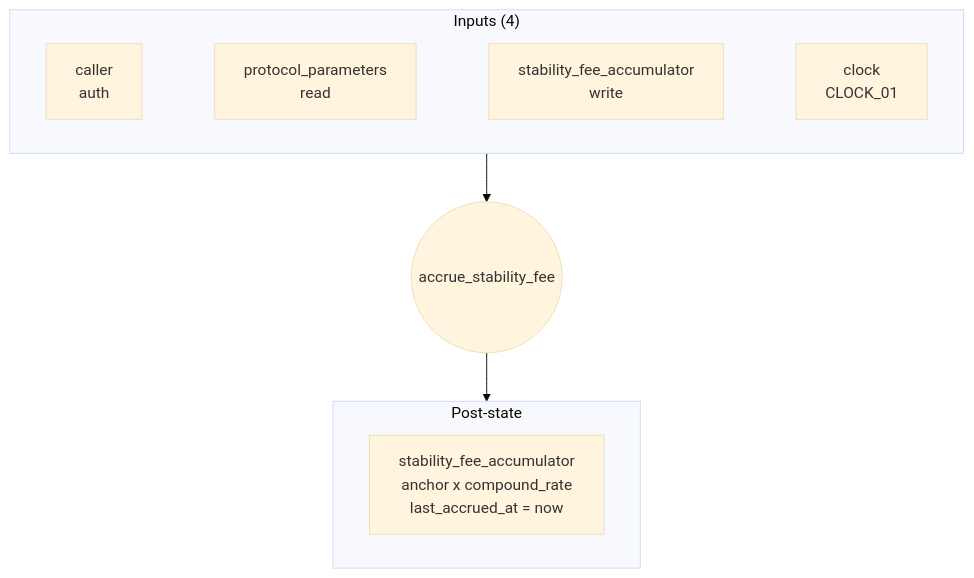
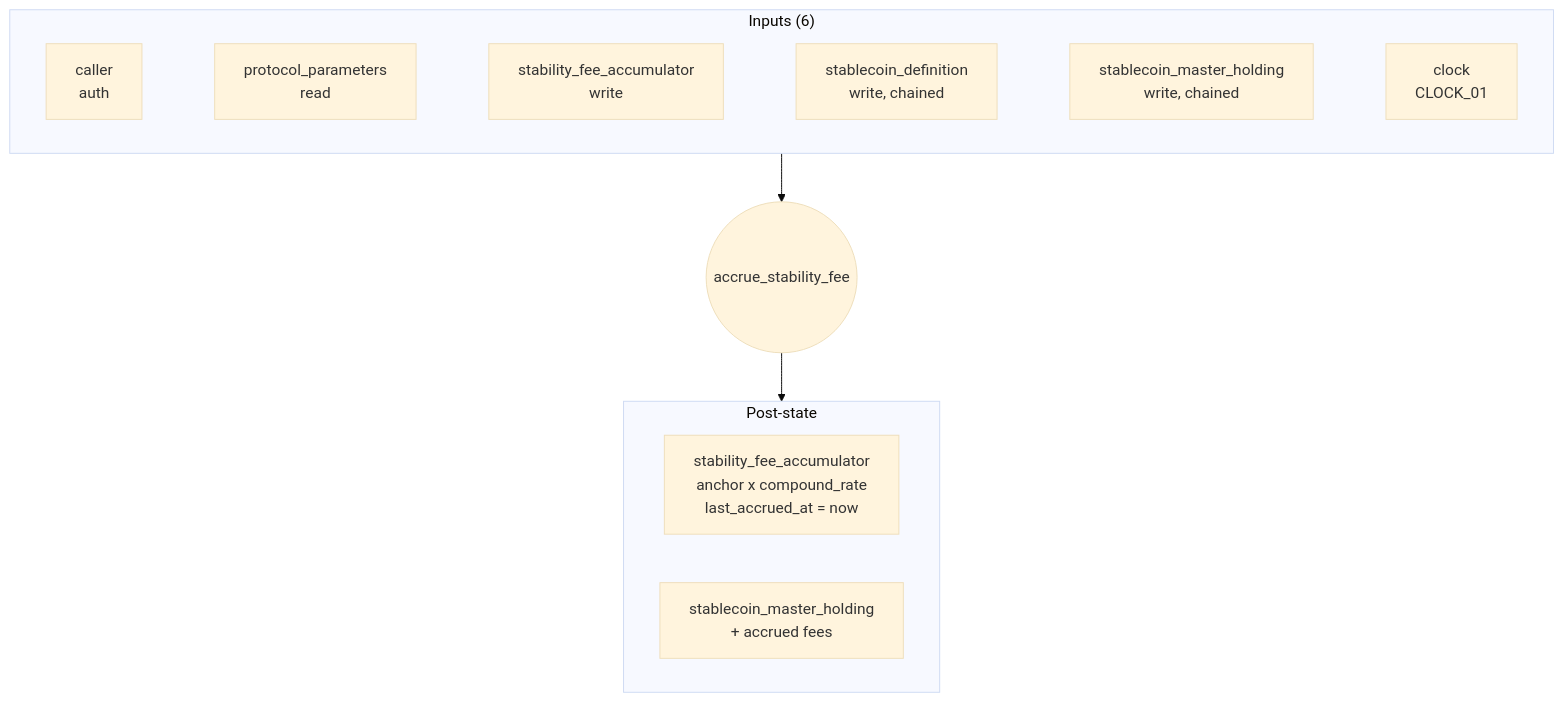
One commit to logos-blockchain/lez-programs changed the fourth of 15 diagrams in docs/stablecoin/README.md. Above: the diagram before and after it, drawn with Mermaid (base theme). The commit also changed other lines of this file and 25 other files, not shown here.

First line of the commit message:
fix(stablecoin)!: mint accrued stability fees to the surplus holding

````diff
--- a/docs/stablecoin/README.md
+++ b/docs/stablecoin/README.md
@@ -815,11 +840,12 @@
 ```mermaid
 flowchart TD
-    subgraph In["Inputs (4)"]
-        a1[caller<br/>auth] ~~~ a2[protocol_parameters<br/>read] ~~~ a3[stability_fee_accumulator<br/>write] ~~~ a4[clock<br/>CLOCK_01]
+    subgraph In["Inputs (6)"]
+        a1[caller<br/>auth] ~~~ a2[protocol_parameters<br/>read] ~~~ a3[stability_fee_accumulator<br/>write] ~~~ a4[stablecoin_definition<br/>write, chained] ~~~ a5[stablecoin_master_holding<br/>write, chained] ~~~ a6[clock<br/>CLOCK_01]
     end
     subgraph Post["Post-state"]
         p1[stability_fee_accumulator<br/>anchor x compound_rate<br/>last_accrued_at = now]
+        p2[stablecoin_master_holding<br/>+ accrued fees]
     end
     In --> Ins((accrue_stability_fee))
     Ins --> Post
 ```
````
